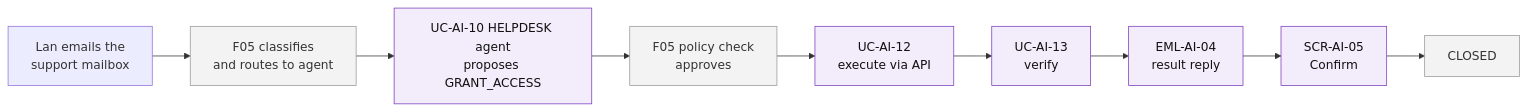
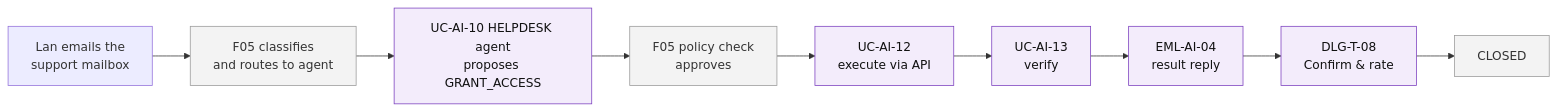
One commit to Akaza-ban/Fable changed the first of 7 diagrams in docs/f04-ai-ticket-processing/information-architecture/02-user-flows.md. Above: the diagram before and after it, drawn with Mermaid. The commit also changed other lines of this file and 2 other files, not shown here.

````diff
--- a/docs/f04-ai-ticket-processing/information-architecture/02-user-flows.md
+++ b/docs/f04-ai-ticket-processing/information-architecture/02-user-flows.md
@@ -13,16 +13,16 @@
 ```mermaid
 flowchart LR
     a["Lan emails the<br/>support mailbox"] --> b["F05 classifies<br/>and routes to agent"]
     b --> c["UC-AI-10 HELPDESK agent<br/>proposes GRANT_ACCESS"]
     c --> d["F05 policy check<br/>approves"]
     d --> e["UC-AI-12<br/>execute via API"]
     e --> f["UC-AI-13<br/>verify"]
     f --> g["EML-AI-04<br/>result reply"]
-    g --> h["SCR-AI-05<br/>Confirm"]
+    g --> h["DLG-T-08<br/>Confirm & rate"]
     h --> i["CLOSED"]
 
     classDef f04 fill:#f3ecfb,color:#111,stroke:#7b3fbf
     classDef other fill:#f3f3f3,color:#333,stroke:#999
     class c,e,f,g,h f04
     class b,d,i other
 ```
````
